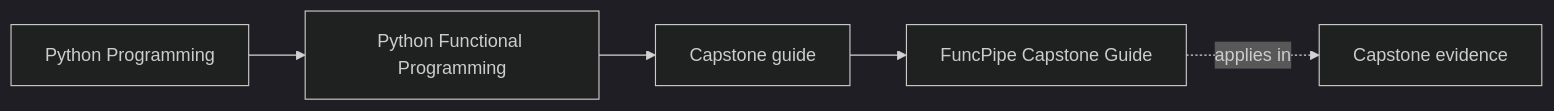
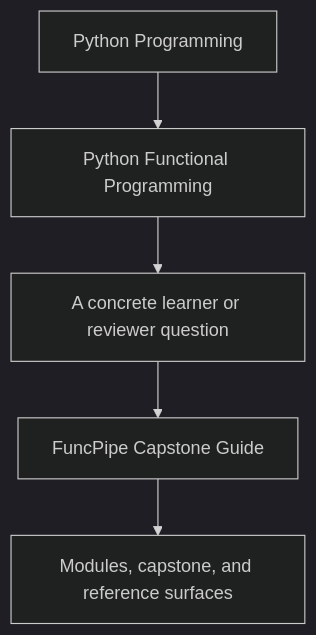
Before and after one commit to bijux/bijux-masterclass: the first of 2 diagrams in programs/python-programming/python-functional-programming/course-book/guides/capstone.md, drawn with Mermaid (dark theme). The commit also changed other lines of this file and 23 other files, not shown here.

Commit message:
docs(python-functional-programming): sharpen guide and reference diagrams

````diff
--- a/programs/python-programming/python-functional-programming/course-book/guides/capstone.md
+++ b/programs/python-programming/python-functional-programming/course-book/guides/capstone.md
@@ -7,11 +7,7 @@
 ```mermaid
-graph LR
-  family["Python Programming"]
-  program["Python Functional Programming"]
-  section["Capstone guide"]
-  page["FuncPipe Capstone Guide"]
-  capstone["Capstone evidence"]
-
-  family --> program --> section --> page
-  page -.applies in.-> capstone
+flowchart TD
+  family["Python Programming"] --> program["Python Functional Programming"]
+  program --> pressure["A concrete learner or reviewer question"]
+  pressure --> guide["FuncPipe Capstone Guide"]
+  guide --> next["Modules, capstone, and reference surfaces"]
 ```
````
